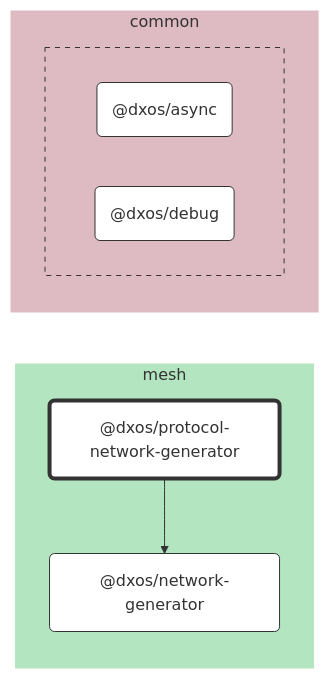
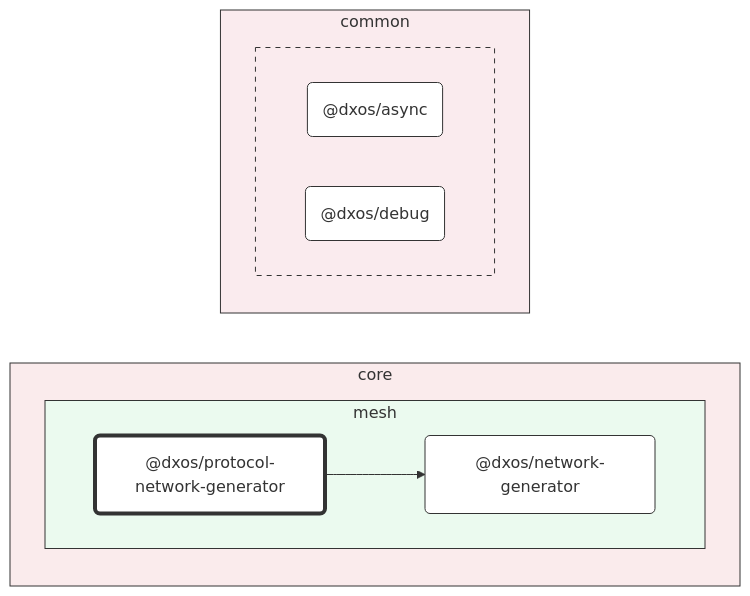
One commit to dxos/dxos changed the diagram in packages/core/mesh/protocol-network-generator/docs/README.md. Above: the diagram before and after it, drawn with Mermaid. The commit also changed 93 other files, not shown here.

First line of the commit message:
chore: hierarchical graphs. (#1583)

````diff
--- a/packages/core/mesh/protocol-network-generator/docs/README.md
+++ b/packages/core/mesh/protocol-network-generator/docs/README.md
@@ -7,35 +7,39 @@
 ```mermaid
 %%{ init: {'flowchart':{'curve':'basis'}} }%%
 
 flowchart LR
 
 %% Classes
 classDef def fill:#fff,stroke:#333,stroke-width:1px
 classDef root fill:#fff,stroke:#333,stroke-width:4px
 
 %% Nodes
 
-subgraph mesh [mesh]
-  style mesh fill:#b3e6c0,stroke:#fff
-  dxos/protocol-network-generator("@dxos/protocol-network-generator"):::root
-  click dxos/protocol-network-generator "dxos/dxos/tree/main/packages/core/mesh/protocol-network-generator/docs"
-  dxos/network-generator("@dxos/network-generator"):::def
-  click dxos/network-generator "dxos/dxos/tree/main/packages/core/mesh/network-generator/docs"
+subgraph core [core]
+  style core fill:#faebec,stroke:#333
+
+  subgraph mesh [mesh]
+    style mesh fill:#ebfaef,stroke:#333
+    dxos/protocol-network-generator("@dxos/protocol-network-generator"):::root
+    click dxos/protocol-network-generator "dxos/dxos/tree/main/packages/core/mesh/protocol-network-generator/docs"
+    dxos/network-generator("@dxos/network-generator"):::def
+    click dxos/network-generator "dxos/dxos/tree/main/packages/core/mesh/network-generator/docs"
+  end
 end
 
 subgraph common [common]
-  style common fill:#debac2,stroke:#fff
+  style common fill:#faebee,stroke:#333
 
-  subgraph common-excluded [ ]
-    style common-excluded fill:#debac2,stroke:#333,stroke-dasharray:5 5
+  subgraph _ [ ]
+    style _ fill:#faebee,stroke:#333,stroke-dasharray:5 5
     dxos/async("@dxos/async"):::def
     click dxos/async "dxos/dxos/tree/main/packages/common/async/docs"
     dxos/debug("@dxos/debug"):::def
     click dxos/debug "dxos/dxos/tree/main/packages/common/debug/docs"
   end
 end
 
 %% Links
 linkStyle default stroke:#333,stroke-width:1px
 dxos/protocol-network-generator --> dxos/network-generator
 ```
````
